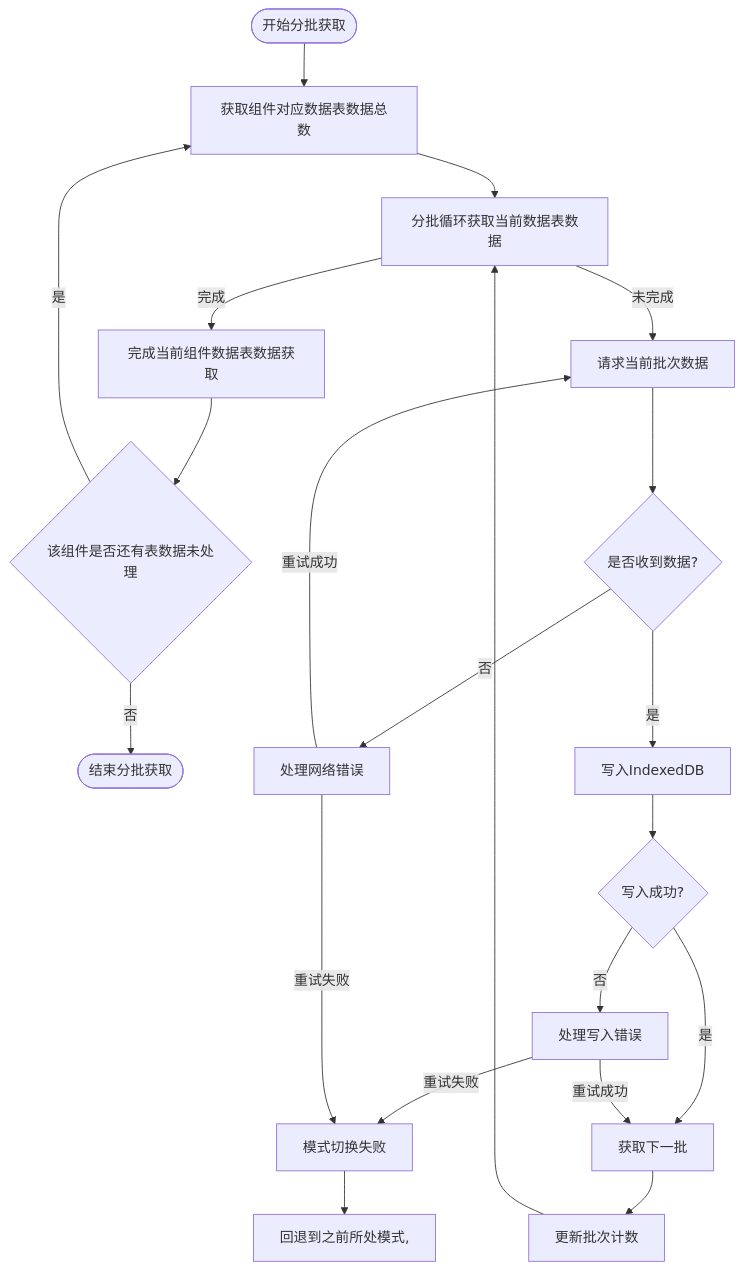
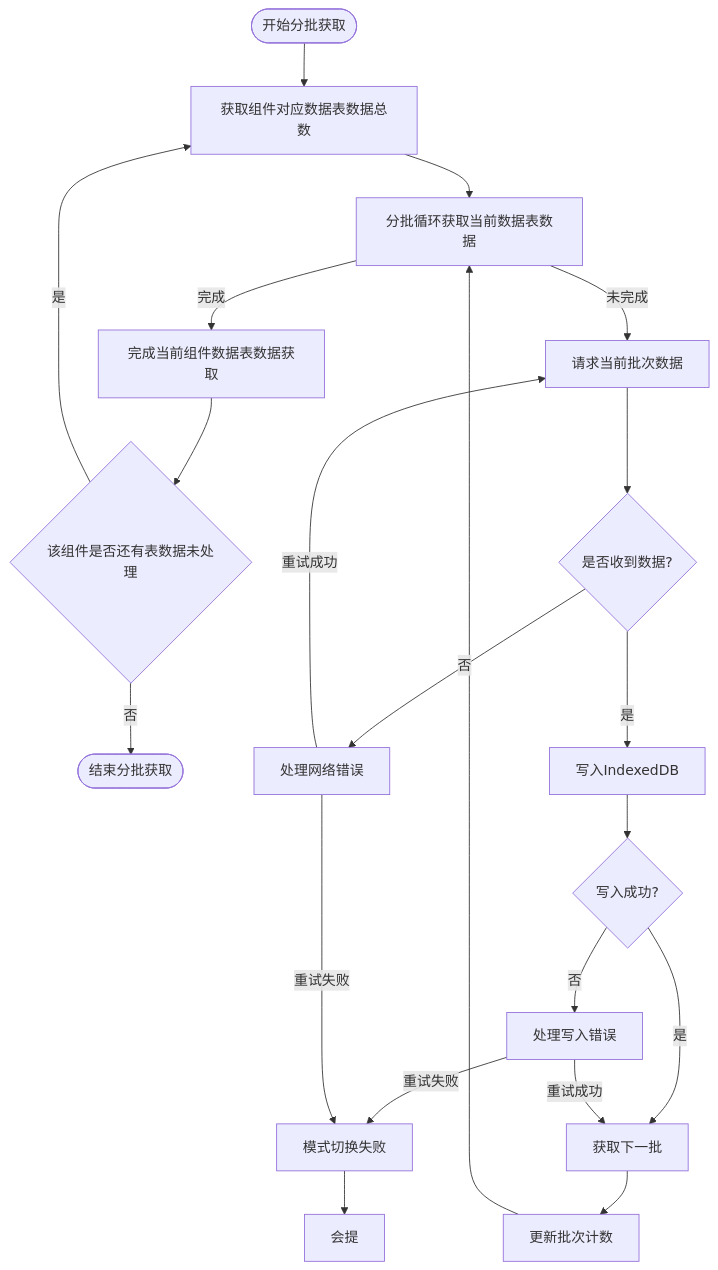
Before and after one commit to yingjianzh/iodraw-files: the diagram in all/未命名-56.md, drawn with Mermaid.

Commit message:
2025-05-12 10:31:49 update

````diff
--- a/all/未命名-56.md
+++ b/all/未命名-56.md
@@ -1,35 +1,35 @@
 ```mermaid
 
 flowchart TD
     StartBatch([开始分批获取]) --> InitializeBatch[获取组件对应数据表数据总数]
     InitializeBatch --> CheckBatchSize[分批循环获取当前数据表数据]
     
     CheckBatchSize -->|完成| BatchComplete[完成当前组件数据表数据获取]
 
     BatchComplete --> HasNext{该组件是否还有表数据未处理}
 
     HasNext --> |是| InitializeBatch
     HasNext --> |否| EndBatch([结束分批获取])
 
     
     CheckBatchSize -->|未完成| RequestBatch[请求当前批次数据]
     RequestBatch --> ReceiveBatch{是否收到数据?}
     
     ReceiveBatch -->|是| WriteToDB[写入IndexedDB]
     
     WriteToDB --> BatchSuccess{写入成功?}
     BatchSuccess -->|是| NextBatch[获取下一批]
     BatchSuccess -->|否| HandleError[处理写入错误]
     HandleError -->|重试成功| NextBatch
     HandleError -->|重试失败| ModeFailed[模式切换失败]
-    ModeFailed --> Abort[回退到之前所处模式,]
+    ModeFailed --> Abort[会提]
     
     ReceiveBatch -->|否| HandleNetworkError[处理网络错误]
     HandleNetworkError -->|重试成功| RequestBatch
     HandleNetworkError -->|重试失败| ModeFailed
     
     NextBatch --> IncrementBatch[更新批次计数]
     IncrementBatch --> CheckBatchSize
     
 
 ```
````
